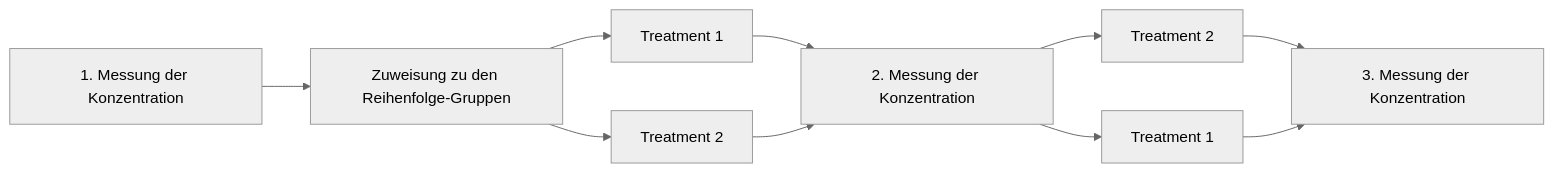
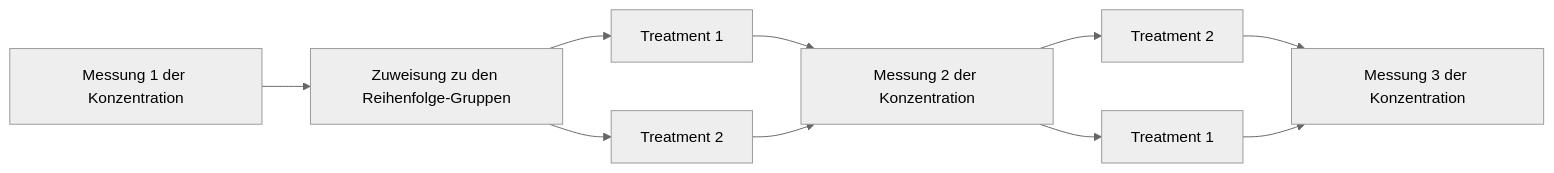
Before and after one commit to sebastiansauer/fopra: the seventh of 10 diagrams in 050-Explikation.qmd, drawn with Mermaid (neutral theme). The commit also changed other lines of this file and 6 other files, not shown here.

````diff
--- a/050-Explikation.qmd
+++ b/050-Explikation.qmd
@@ -470,16 +486,16 @@
 ```{mermaid}
 %%| label: fig-within2
 %%| fig-cap: Beispiel für ein Between-Within-Subject-Design
-flowchart LR
-  M1[1. Messung der Konzentration] --> R[Zuweisung zu den Reihenfolge-Gruppen]
+graph LR
+  M1[Messung 1 der Konzentration] --> R[Zuweisung zu den Reihenfolge-Gruppen]
   R --> G1[Treatment 1]
   R --> G2[Treatment 2]
-  G1 --> M2[2. Messung der Konzentration]
+  G1 --> M2[Messung 2 der Konzentration]
   G2 --> M2
   
   M2 --> G11[Treatment 2]
   M2 --> G22[Treatment 1]  
   
-  G11 --> M3[3. Messung der Konzentration]
+  G11 --> M3[Messung 3 der Konzentration]
   G22 --> M3
 ```
````
